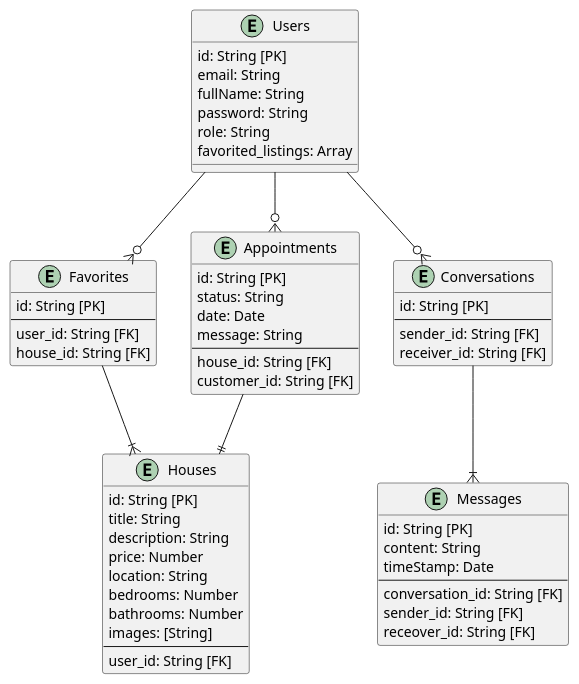
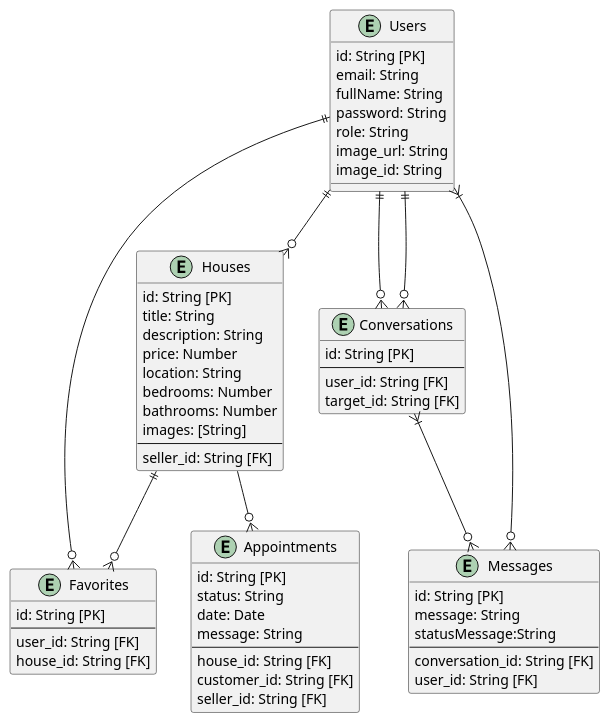
Before and after one commit to FahmiEfendy/phincon-property: the diagram in ERD.puml, drawn with PlantUML. The commit also changed 25 other files, not shown here.

```diff
--- a/ERD.puml
+++ b/ERD.puml
@@ -1,78 +1,81 @@
 @startuml Diagram
 
 entity Users {
     id: String [PK]
     email: String
     fullName: String
     password: String
     role: String
-    favorited_listings: Array
+    image_url: String
+    image_id: String
 }
 
 entity Houses {
     id: String [PK]
     title: String
     description: String
     price: Number
     location: String
     ' location: {
     '     address: String
     '     city: String
     '     state: String
     '     zipCode: string
     '     coordinates: {
     '         latitude: Number
     '         longitude: Number
     '     }
     ' }
     bedrooms: Number
     bathrooms: Number
     images: [String]
     --
-    user_id: String [FK]
+    seller_id: String [FK]
 }
 
 entity Favorites {
     id: String [PK]
     --
     user_id: String [FK]
     house_id: String [FK]
 }
 
 entity Appointments {
     id: String [PK]
     status: String
     date: Date
     message: String
     --
     house_id: String [FK]
     customer_id: String [FK]
+    seller_id: String [FK]
 }
 
 entity Conversations {
     id: String [PK]
     --
-    sender_id: String [FK]
-    receiver_id: String [FK]
+    user_id: String [FK]
+    target_id: String [FK]
 }
 
 entity Messages {
     id: String [PK]
-    content: String
-    timeStamp: Date
+    message: String
+    statusMessage:String
     --
     conversation_id: String [FK]
-    sender_id: String [FK]
-    receover_id: String [FK]
+    user_id: String [FK]
 }
 
-Users --o{ Favorites
-Favorites --|{ Houses
+Users ||--o{ Favorites
+Users ||--o{ Houses
+Users }|--o{ Messages
+Users ||--o{ Conversations
+Users ||--o{ Conversations
 
-Users --o{ Appointments
-Appointments --|| Houses
+Houses ||--o{ Favorites
+Houses --o{ Appointments
 
-Users --o{ Conversations
-Conversations --|{ Messages
+Conversations }|--o{ Messages
 
 @enduml
```
